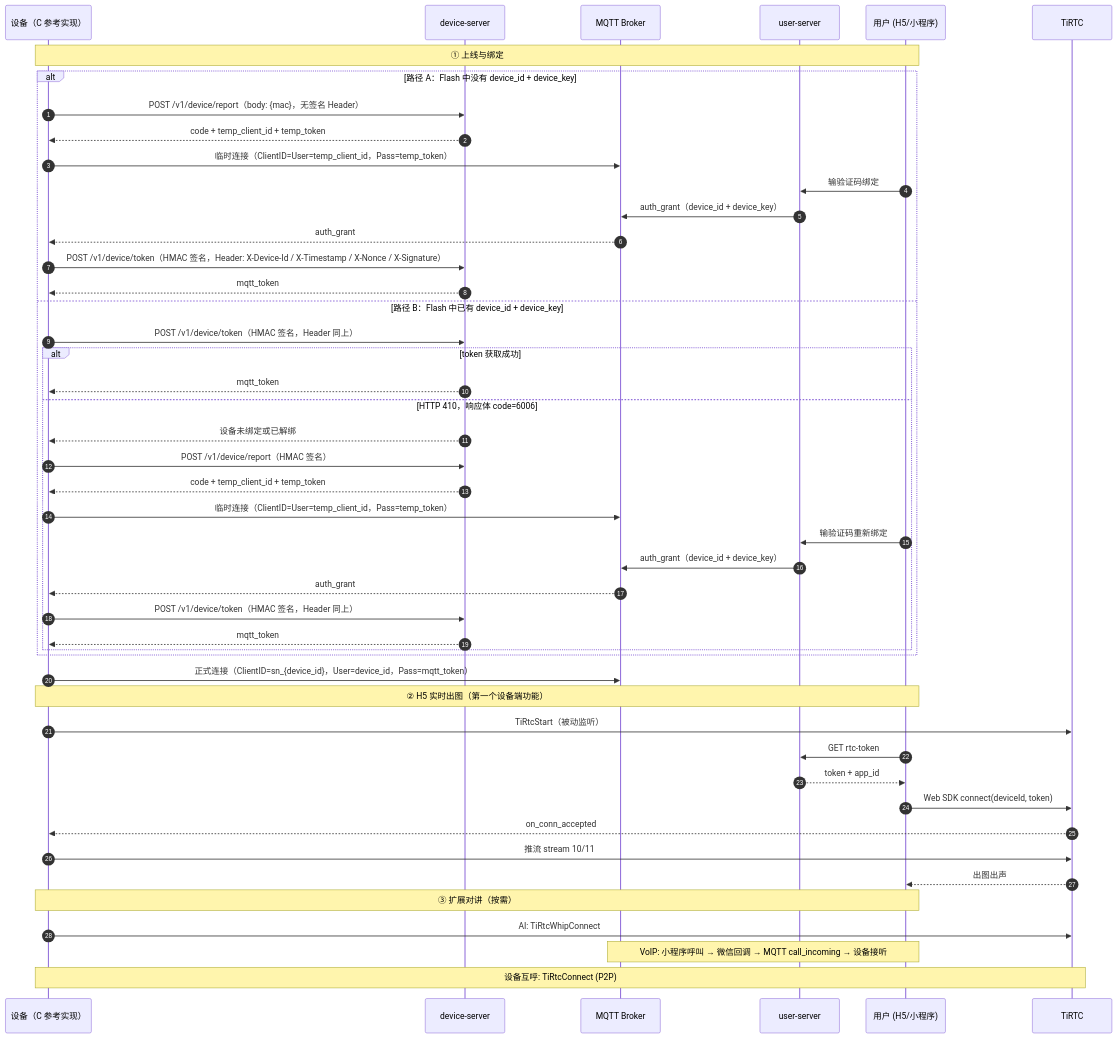
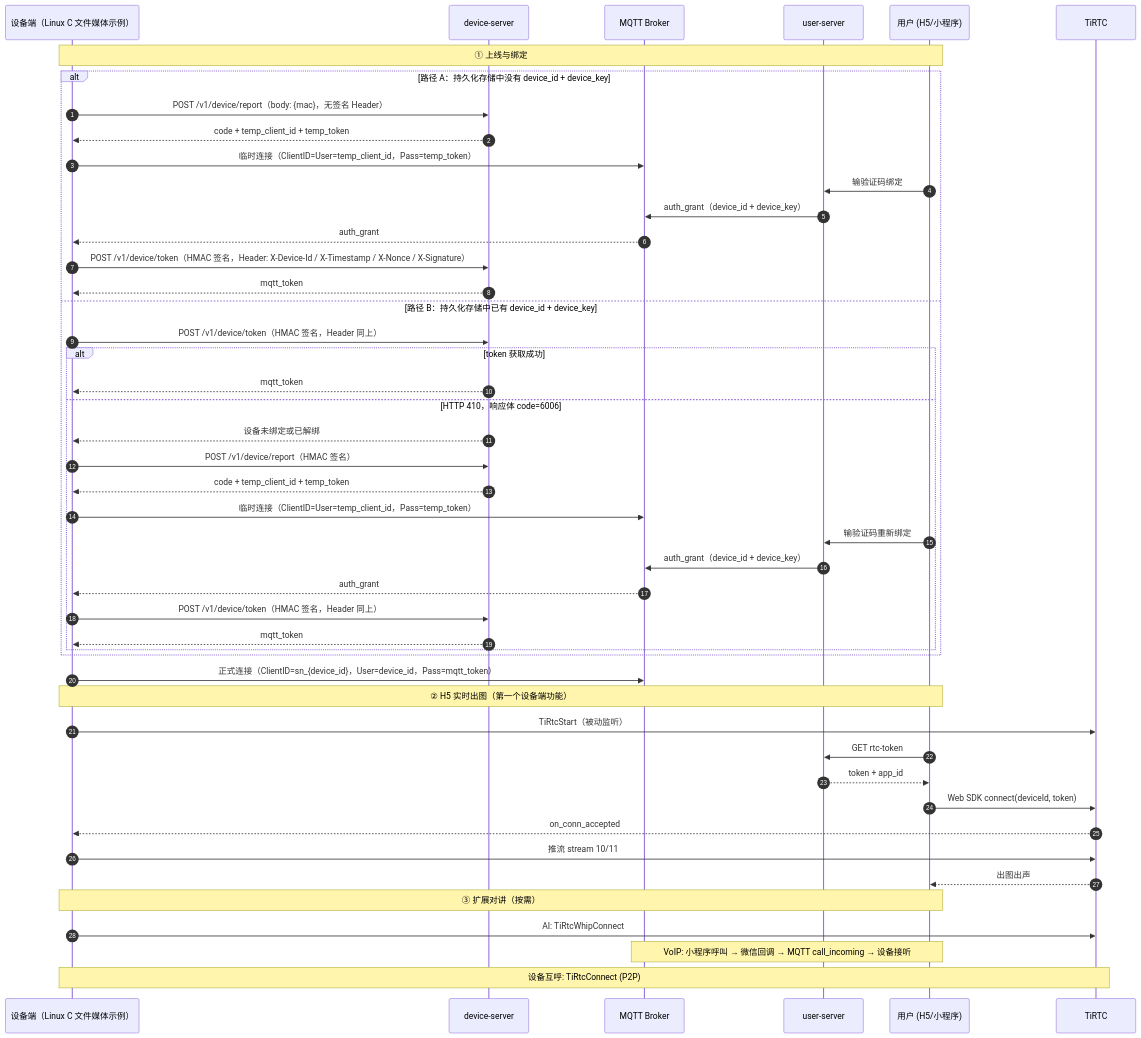
One commit to tangeai/tirtc-server-example changed the diagram in thing-connect/README.md. Above: the diagram before and after it, drawn with Mermaid. The commit also changed other lines of this file and 41 other files, not shown here.

````diff
--- a/thing-connect/README.md
+++ b/thing-connect/README.md
@@ -19,52 +19,52 @@
 ```mermaid
 sequenceDiagram
     autonumber
-    participant D as 设备（C 参考实现）
+    participant D as 设备端（Linux C 文件媒体示例）
     participant DS as device-server
     participant MQ as MQTT Broker
     participant US as user-server
     participant U as 用户 (H5/小程序)
     participant RTC as TiRTC
 
     Note over D,U: ① 上线与绑定
-    alt 路径 A：Flash 中没有 device_id + device_key
+    alt 路径 A：持久化存储中没有 device_id + device_key
         D->>DS: POST /v1/device/report（body: {mac}，无签名 Header）
         DS-->>D: code + temp_client_id + temp_token
         D->>MQ: 临时连接（ClientID=User=temp_client_id，Pass=temp_token）
         U->>US: 输验证码绑定
         US->>MQ: auth_grant（device_id + device_key）
         MQ-->>D: auth_grant
         D->>DS: POST /v1/device/token（HMAC 签名，Header: X-Device-Id / X-Timestamp / X-Nonce / X-Signature）
         DS-->>D: mqtt_token
-    else 路径 B：Flash 中已有 device_id + device_key
+    else 路径 B：持久化存储中已有 device_id + device_key
         D->>DS: POST /v1/device/token（HMAC 签名，Header 同上）
         alt token 获取成功
             DS-->>D: mqtt_token
         else HTTP 410，响应体 code=6006
             DS-->>D: 设备未绑定或已解绑
             D->>DS: POST /v1/device/report（HMAC 签名）
             DS-->>D: code + temp_client_id + temp_token
             D->>MQ: 临时连接（ClientID=User=temp_client_id，Pass=temp_token）
             U->>US: 输验证码重新绑定
             US->>MQ: auth_grant（device_id + device_key）
             MQ-->>D: auth_grant
             D->>DS: POST /v1/device/token（HMAC 签名，Header 同上）
             DS-->>D: mqtt_token
         end
     end
     D->>MQ: 正式连接（ClientID=sn_{device_id}，User=device_id，Pass=mqtt_token）
 
     Note over D,U: ② H5 实时出图（第一个设备端功能）
     D->>RTC: TiRtcStart（被动监听）
     U->>US: GET rtc-token
     US-->>U: token + app_id
     U->>RTC: Web SDK connect(deviceId, token)
     RTC-->>D: on_conn_accepted
     D->>RTC: 推流 stream 10/11
     RTC-->>U: 出图出声
 
     Note over D,U: ③ 扩展对讲（按需）
     D->>RTC: AI: TiRtcWhipConnect
     Note over U,MQ: VoIP: 小程序呼叫 → 微信回调 → MQTT call_incoming → 设备接听
     Note over D,RTC: 设备互呼: TiRtcConnect (P2P)
 ```
````
